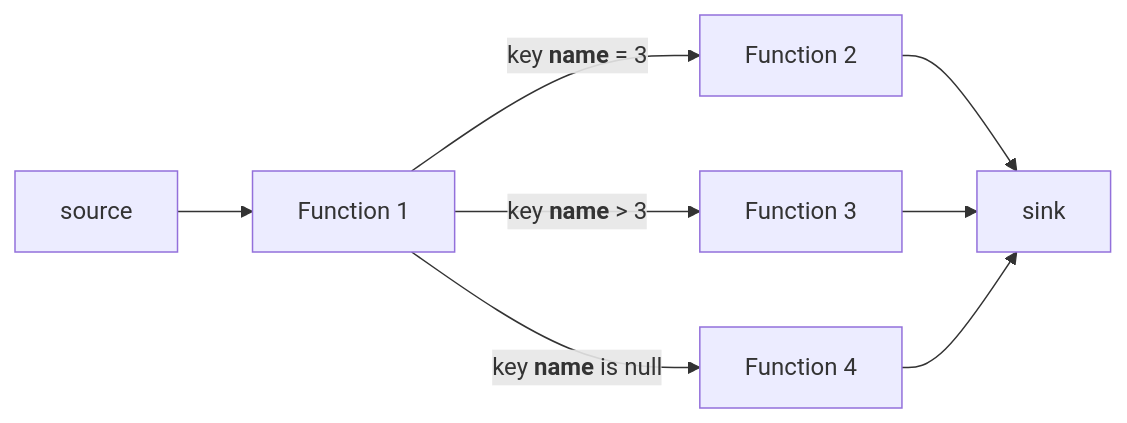
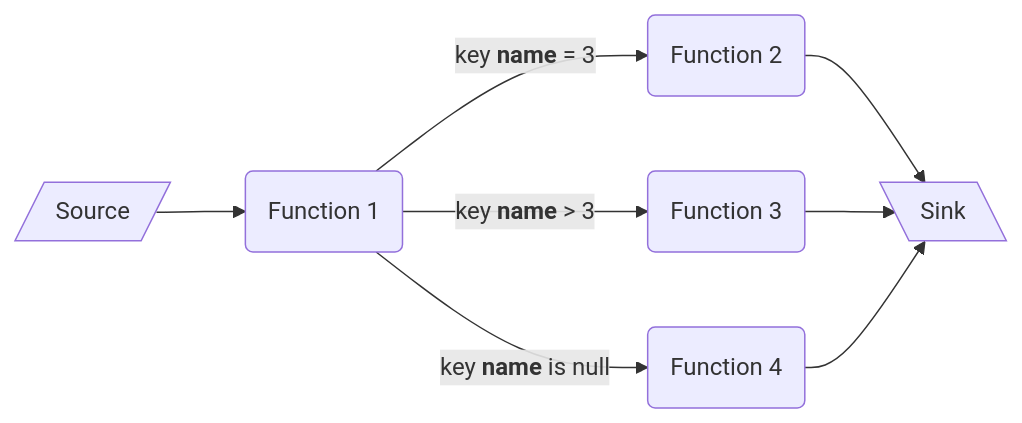
The second of 2 diagrams in README.md (glassflow/pipelines-repo-template), drawn with Mermaid before and after one commit. The commit also changed other lines of this file, not shown here.

Commit message:
Add mermaid chart

````diff
--- a/README.md
+++ b/README.md
@@ -116,16 +129,18 @@
 ```mermaid
 ---
 Branching Example
 ---
 flowchart LR
     
-    fn_1[Function 1]
-    fn_2[Function 2]
-    fn_3[Function 3]
-    fn_4[Function 4]
+    source@{ shape: lean-r, label: "Source" }
+    sink@{ shape: lean-l, label: "Sink" }
+    fn_1@{ shape: rounded, label: "Function 1" }
+    fn_2@{ shape: rounded, label: "Function 2" }
+    fn_3@{ shape: rounded, label: "Function 3" }
+    fn_4@{ shape: rounded, label: "Function 4" }
     
     source --> fn_1
     fn_1 --"`key **name** = 3`"--> fn_2 --> sink
     fn_1 --"`key **name** > 3`"--> fn_3 --> sink
     fn_1 --"`key **name** is null`"--> fn_4 --> sink
 ```
````
